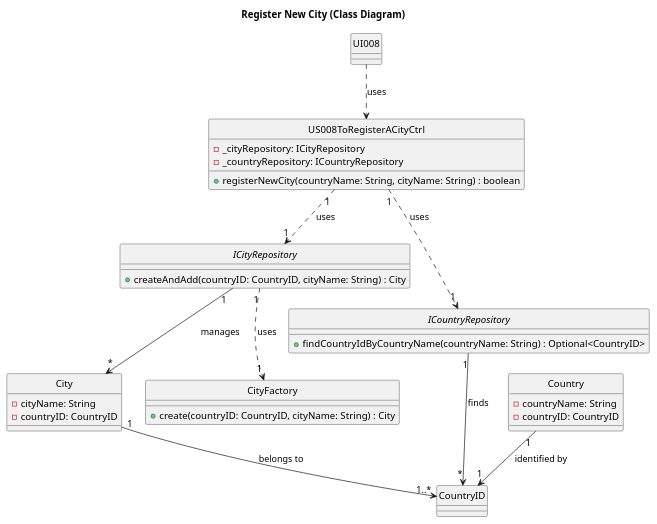
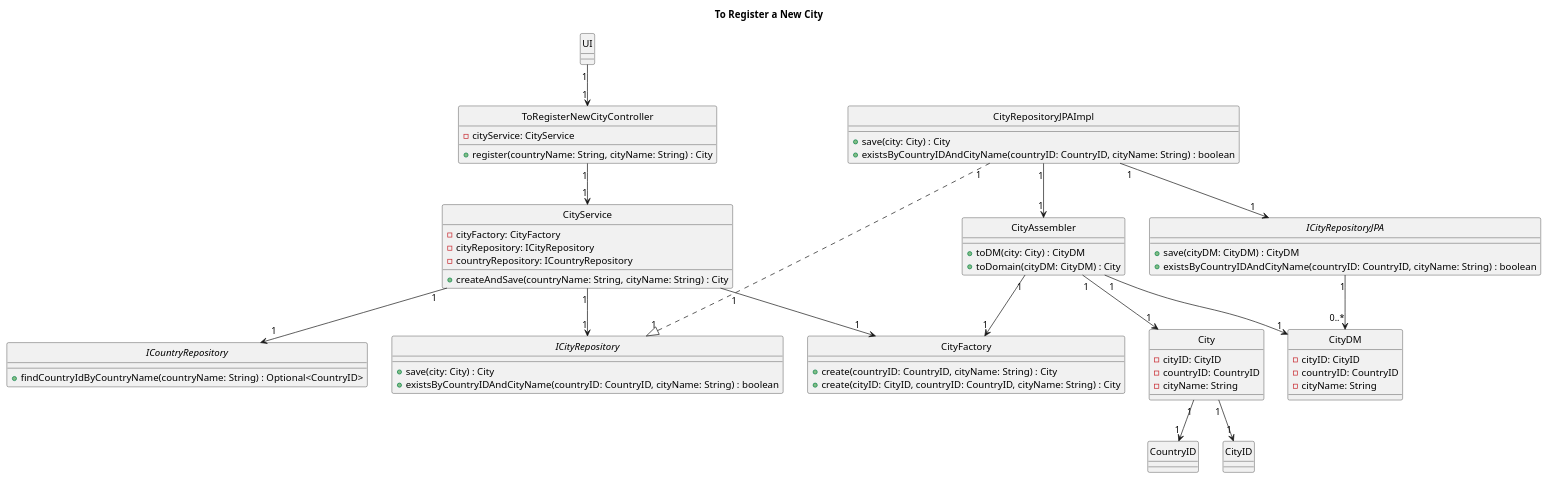
Before and after one commit to AndrePereiraGitH/SWitCH-Project-Team_A: the diagram in Diagrams/ClassDiagrams/To-register-new-city-in-the-system.puml, drawn with PlantUML. The commit also changed 1 other file, not shown here.

Commit message:
docs #718: refactored Class Diagram and Sequence Diagram N2 to reflect new design

```diff
--- a/Diagrams/ClassDiagrams/To-register-new-city-in-the-system.puml
+++ b/Diagrams/ClassDiagrams/To-register-new-city-in-the-system.puml
@@ -1,51 +1,88 @@
 @startuml
 hide circle
-title Register New City (Class Diagram)
+title To Register a New City
 
-class UI008{
+class UI
+
+class ToRegisterNewCityController {
+  -cityService: CityService
+  +register(countryName: String, cityName: String) : City
+}
+
+class CityService {
+  -cityFactory: CityFactory
+  -cityRepository: ICityRepository
+  -countryRepository: ICountryRepository
+  +createAndSave(countryName: String, cityName: String) : City
 }
 
 class City {
+  -cityID: CityID
+  -countryID: CountryID
   -cityName: String
-  -countryID: CountryID
-}
-
-class Country {
-  -countryName: String
-  -countryID: CountryID
 }
 
 class CountryID
+class CityID
 
 class CityFactory {
   +create(countryID: CountryID, cityName: String) : City
+  +create(cityID: CityID, countryID: CountryID, cityName: String) : City
 }
 
 interface ICityRepository {
-  +createAndAdd(countryID: CountryID, cityName: String) : City
+  +save(city: City) : City
+  +existsByCountryIDAndCityName(countryID: CountryID, cityName: String) : boolean
 }
 
 interface ICountryRepository {
   +findCountryIdByCountryName(countryName: String) : Optional<CountryID>
 }
 
-class US008ToRegisterACityCtrl {
-  -_cityRepository: ICityRepository
-  -_countryRepository: ICountryRepository
-  +registerNewCity(countryName: String, cityName: String) : boolean
+class CityRepositoryJPAImpl {
+  +save(city: City) : City
+  +existsByCountryIDAndCityName(countryID: CountryID, cityName: String) : boolean
 }
 
+interface ICityRepositoryJPA {
+  +save(cityDM: CityDM) : CityDM
+  +existsByCountryIDAndCityName(countryID: CountryID, cityName: String) : boolean
+}
+
+class CityAssembler {
+  +toDM(city: City) : CityDM
+  +toDomain(cityDM: CityDM) : City
+}
+
+class CityDM {
+  -cityID: CityID
+  -countryID: CountryID
+  -cityName: String
+}
+
+' =====================
 ' Relationships
-UI008 ..> US008ToRegisterACityCtrl: uses
-US008ToRegisterACityCtrl "1"..>"1" ICityRepository: uses
-US008ToRegisterACityCtrl "1"..>"1" ICountryRepository: uses
+' =====================
 
-ICityRepository "1"-->"*" City: manages
-ICountryRepository "1"-->"*" CountryID: finds
+UI "1" --> "1" ToRegisterNewCityController
 
-City "1"-->"1..*" CountryID: belongs to
-Country "1"-->"1" CountryID: identified by
+ToRegisterNewCityController "1" --> "1" CityService
 
-ICityRepository "1"..>"1" CityFactory : uses
+CityService "1" --> "1" ICityRepository
+CityService "1" --> "1" ICountryRepository
+CityService "1" --> "1" CityFactory
+
+CityRepositoryJPAImpl "1" ..|> "1" ICityRepository
+CityRepositoryJPAImpl "1" --> "1" ICityRepositoryJPA
+CityRepositoryJPAImpl "1" --> "1" CityAssembler
+
+ICityRepositoryJPA "1" --> "0..*" CityDM
+
+CityAssembler "1" --> "1" CityFactory
+CityAssembler "1" --> "1" City
+CityAssembler "1" --> "1" CityDM
+
+City "1" --> "1" CountryID
+City "1" --> "1" CityID
 
 @enduml
```
